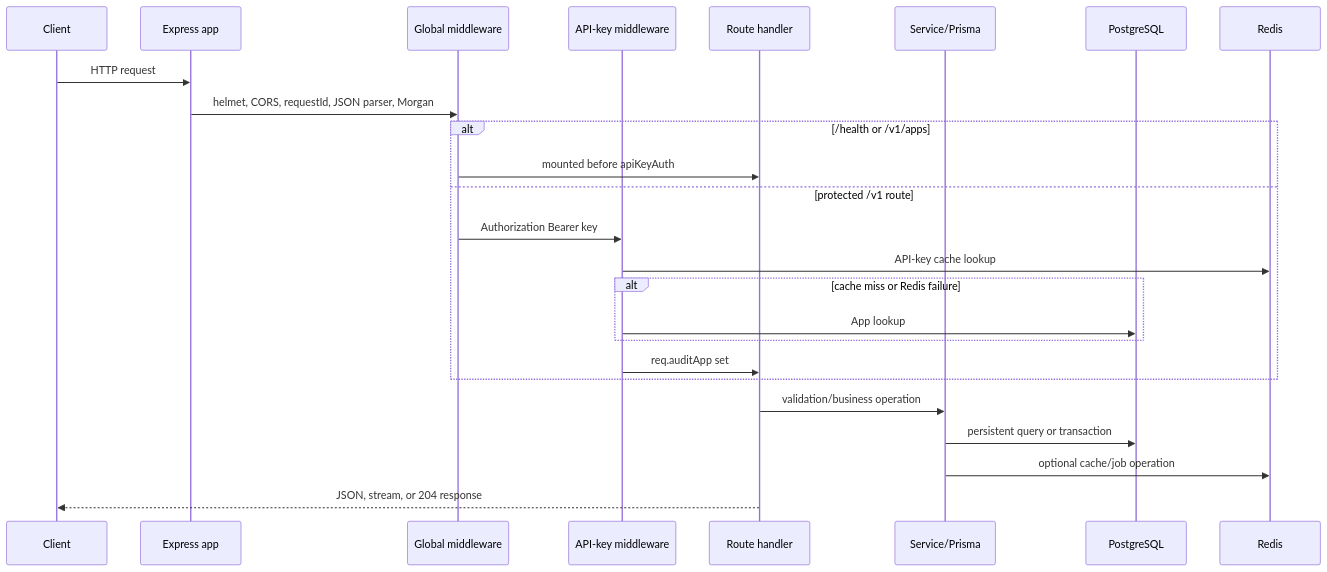
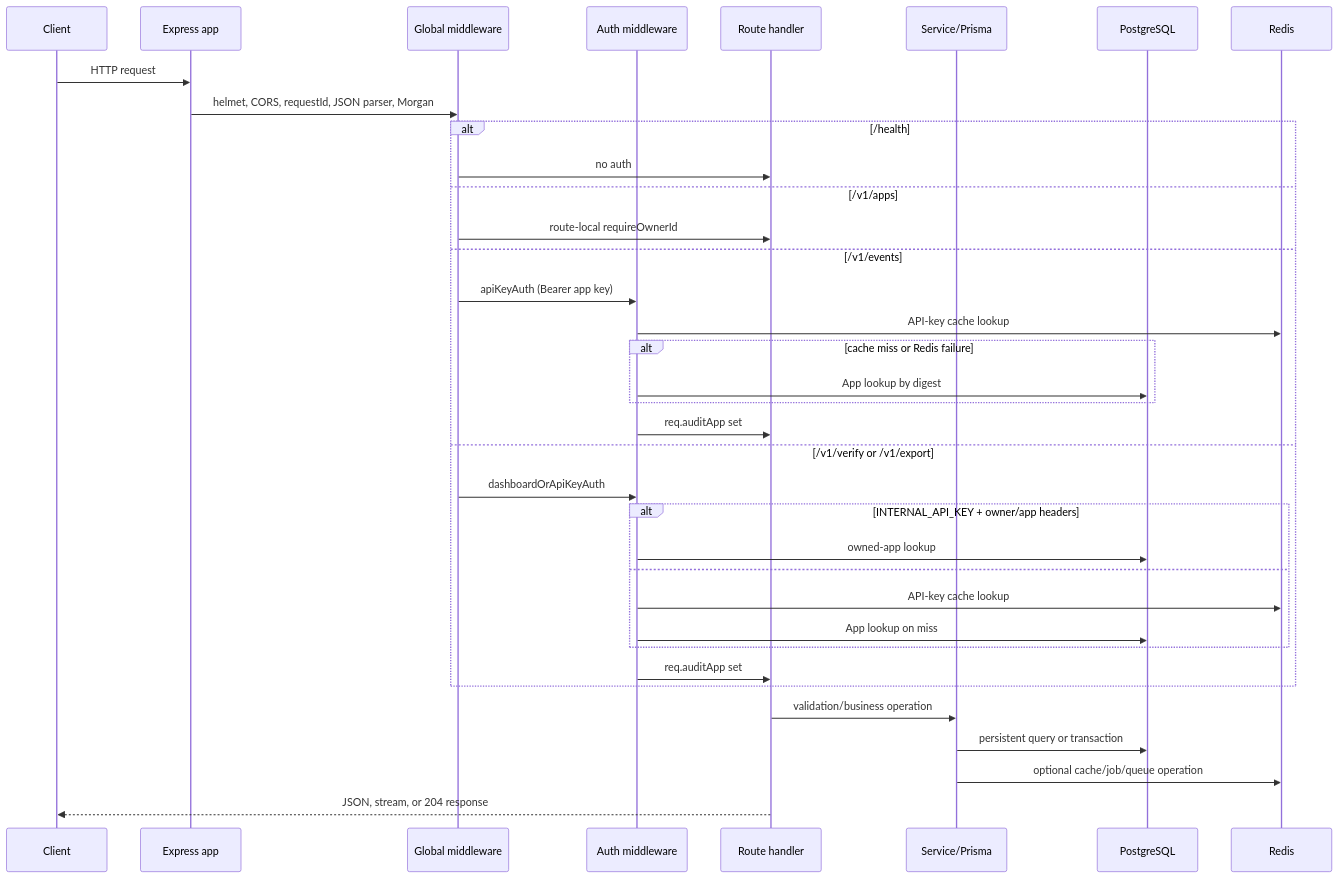
One commit to vinayak-88/AuditLog-Service changed the second of 4 diagrams in ARCHITECTURE.md. Above: the diagram before and after it, drawn with Mermaid. The commit also changed other lines of this file and 5 other files, not shown here.

````diff
--- a/ARCHITECTURE.md
+++ b/ARCHITECTURE.md
@@ -92,28 +106,39 @@
 ```mermaid
 sequenceDiagram
   participant C as Client
   participant E as Express app
   participant G as Global middleware
-  participant A as API-key middleware
+  participant A as Auth middleware
   participant R as Route handler
   participant S as Service/Prisma
   participant P as PostgreSQL
   participant D as Redis
 
   C->>E: HTTP request
   E->>G: helmet, CORS, requestId, JSON parser, Morgan
-  alt /health or /v1/apps
-    G->>R: mounted before apiKeyAuth
-  else protected /v1 route
-    G->>A: Authorization Bearer key
+  alt /health
+    G->>R: no auth
+  else /v1/apps
+    G->>R: route-local requireOwnerId
+  else /v1/events
+    G->>A: apiKeyAuth (Bearer app key)
     A->>D: API-key cache lookup
     alt cache miss or Redis failure
-      A->>P: App lookup
+      A->>P: App lookup by digest
+    end
+    A->>R: req.auditApp set
+  else /v1/verify or /v1/export
+    G->>A: dashboardOrApiKeyAuth
+    alt INTERNAL_API_KEY + owner/app headers
+      A->>P: owned-app lookup
+    else
+      A->>D: API-key cache lookup
+      A->>P: App lookup on miss
     end
     A->>R: req.auditApp set
   end
   R->>S: validation/business operation
   S->>P: persistent query or transaction
-  S->>D: optional cache/job operation
+  S->>D: optional cache/job/queue operation
   R-->>C: JSON, stream, or 204 response
 ```
````
